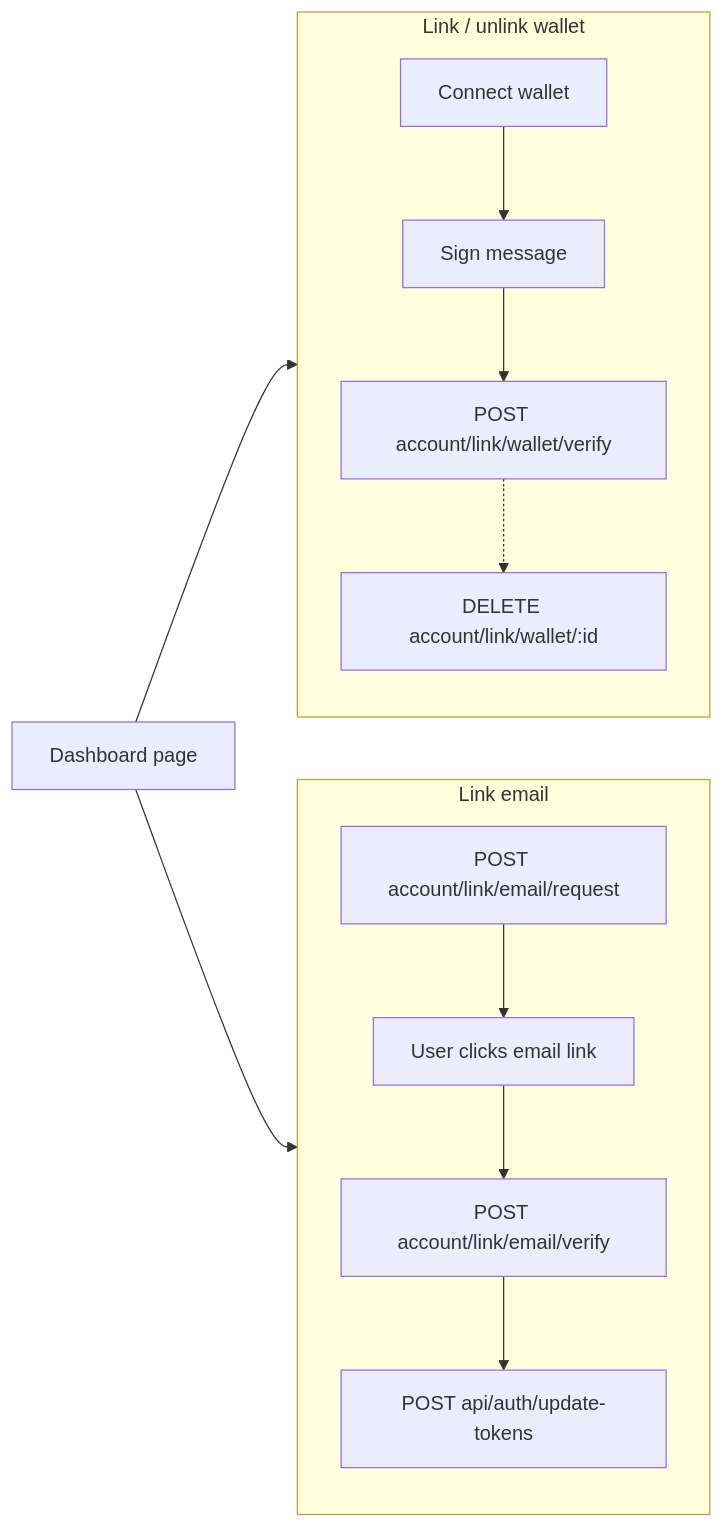
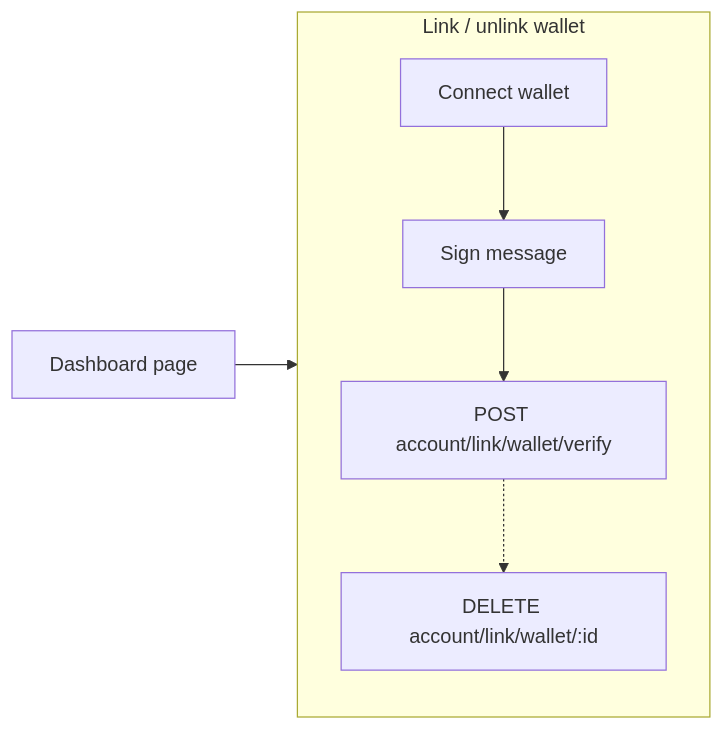
Before and after one commit to blockmatic/basilic: the third of 4 diagrams in apps/docu/content/docs/architecture/authentication.mdx, drawn with Mermaid. The commit also changed other lines of this file and 2 other files, not shown here.

First line of the commit message:
docs(docu): update auth and e2e docs for verified email, remove link-email (phase 6)

````diff
--- a/apps/docu/content/docs/architecture/authentication.mdx
+++ b/apps/docu/content/docs/architecture/authentication.mdx
@@ -152,22 +153,13 @@
 ```mermaid
 flowchart LR
   subgraph LinkWalletFlow [Link / unlink wallet]
     Connect[Connect wallet]
     Sign[Sign message]
     Verify[POST account/link/wallet/verify]
     Unlink[DELETE account/link/wallet/:id]
     Connect --> Sign --> Verify
     Verify -.-> Unlink
   end
 
-  subgraph LinkEmailFlow [Link email]
-    Request[POST account/link/email/request]
-    Email[User clicks email link]
-    VerifyEmail[POST account/link/email/verify]
-    UpdateTokens[POST api/auth/update-tokens]
-    Request --> Email --> VerifyEmail --> UpdateTokens
-  end
-
   Dashboard[Dashboard page] --> LinkWalletFlow
-  Dashboard --> LinkEmailFlow
 ```
````
